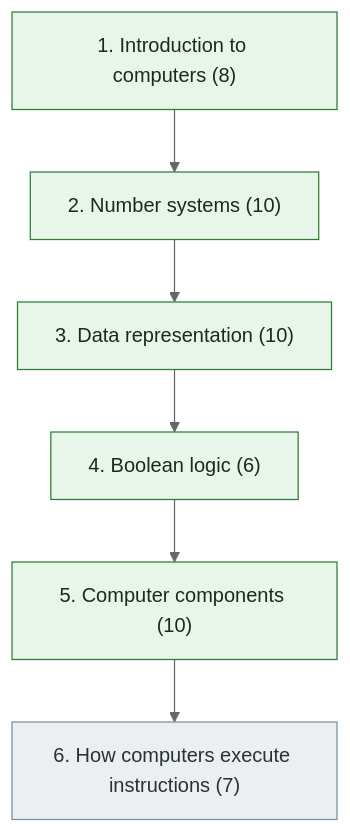
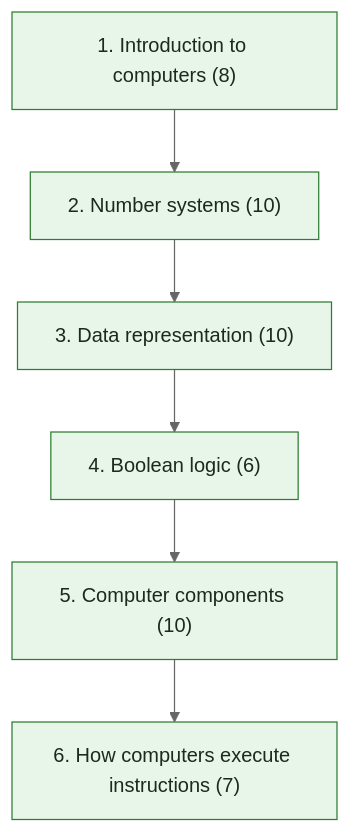
The diagram in docs/01-computer-science-foundations/01-computer-fundamentals/index.md (Sumit6258/Software-Engineer), drawn with Mermaid (neutral theme) before and after one commit. The commit also changed other lines of this file and 17 other files, not shown here.

````diff
--- a/docs/01-computer-science-foundations/01-computer-fundamentals/index.md
+++ b/docs/01-computer-science-foundations/01-computer-fundamentals/index.md
@@ -37,13 +37,13 @@
 ```mermaid
 flowchart TD
     C1["1. Introduction to computers (8)"] --> C2["2. Number systems (10)"] --> C3["3. Data representation (10)"] --> C4["4. Boolean logic (6)"] --> C5["5. Computer components (10)"] --> C6["6. How computers execute instructions (7)"]
     classDef ns fill:#eceff1,stroke:#78909c,color:#263238;
     classDef ip fill:#fff8e1,stroke:#f9a825,color:#263238;
     classDef dr fill:#e8f5e9,stroke:#2e7d32,color:#1b2a1d;
     class C1 dr;
     class C2 dr;
     class C3 dr;
     class C4 dr;
     class C5 dr;
-    class C6 ns;
+    class C6 dr;
 ```
````
